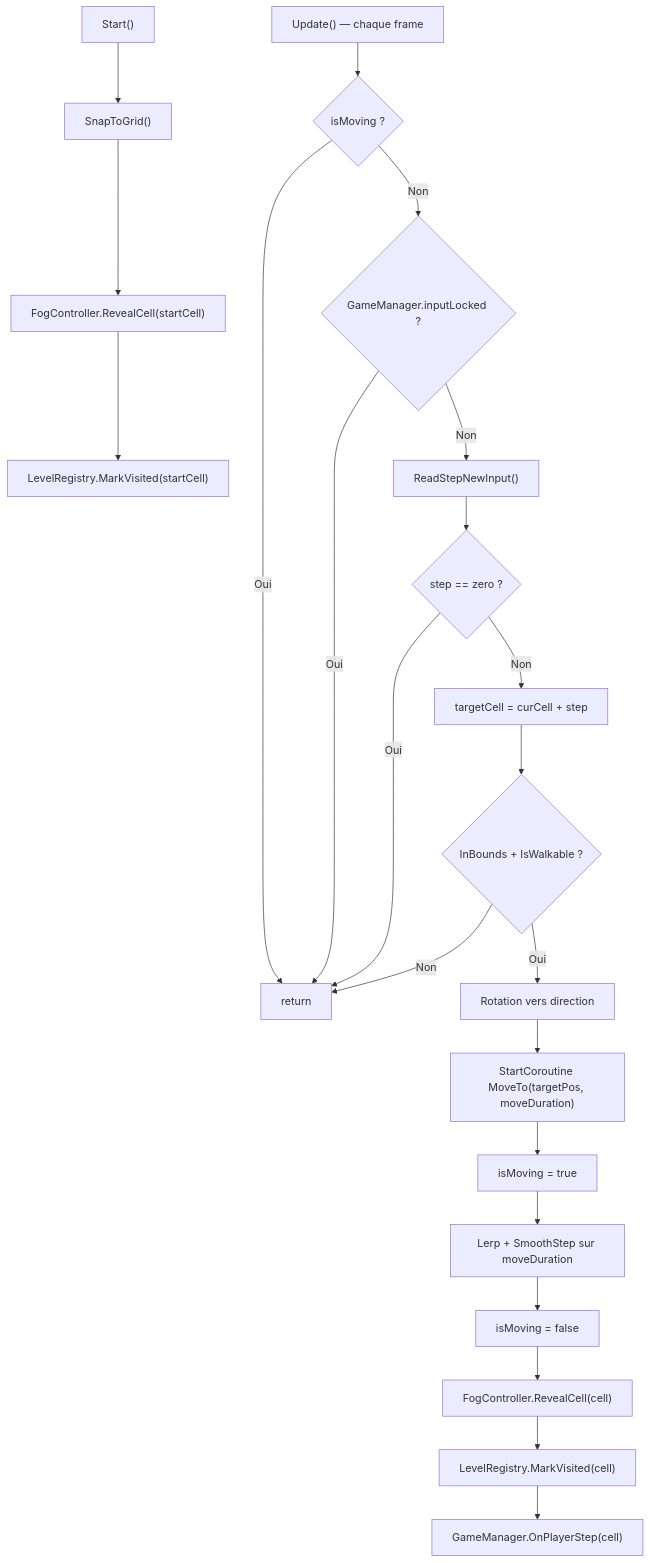
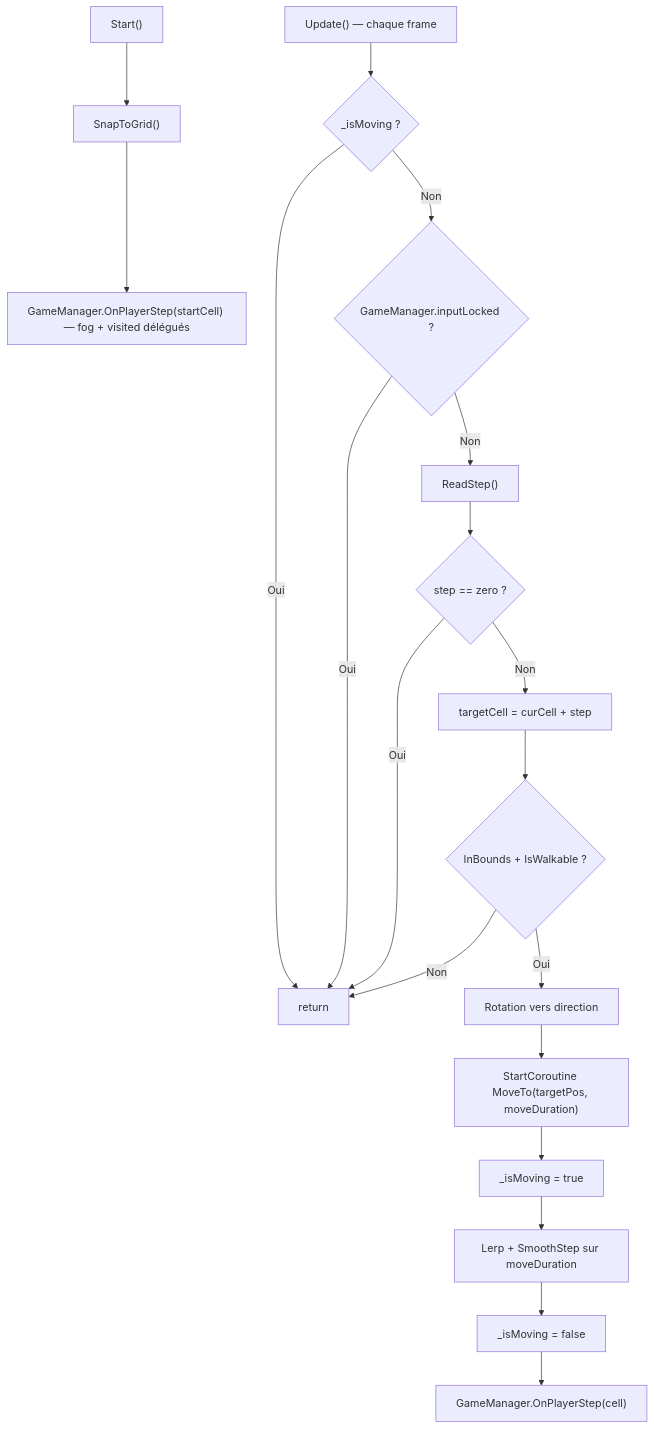
The fifth of 13 diagrams in Docs/TDD.md (PierreChagnon/BUGS), drawn with Mermaid before and after one commit. The commit also changed other lines of this file, not shown here.

````diff
--- a/Docs/TDD.md
+++ b/Docs/TDD.md
@@ -513,26 +552,23 @@
 ```mermaid
 graph TD
     A["Start()"] --> B["SnapToGrid()"]
-    B --> C["FogController.RevealCell(startCell)"]
-    C --> D["LevelRegistry.MarkVisited(startCell)"]
+    B --> C["GameManager.OnPlayerStep(startCell) — fog + visited délégués"]
 
-    E["Update() — chaque frame"] --> F{isMoving ?}
+    E["Update() — chaque frame"] --> F{_isMoving ?}
     F -->|Oui| G[return]
     F -->|Non| H{GameManager.inputLocked ?}
     H -->|Oui| G
-    H -->|Non| I["ReadStepNewInput()"]
+    H -->|Non| I["ReadStep()"]
     I --> J{step == zero ?}
     J -->|Oui| G
     J -->|Non| K["targetCell = curCell + step"]
     K --> L{InBounds + IsWalkable ?}
     L -->|Non| G
     L -->|Oui| M["Rotation vers direction"]
     M --> N["StartCoroutine MoveTo(targetPos, moveDuration)"]
 
-    N --> O["isMoving = true"]
+    N --> O["_isMoving = true"]
     O --> P["Lerp + SmoothStep sur moveDuration"]
-    P --> Q["isMoving = false"]
-    Q --> R["FogController.RevealCell(cell)"]
-    R --> S["LevelRegistry.MarkVisited(cell)"]
-    S --> T["GameManager.OnPlayerStep(cell)"]
+    P --> Q["_isMoving = false"]
+    Q --> R["GameManager.OnPlayerStep(cell)"]
 ```
````
